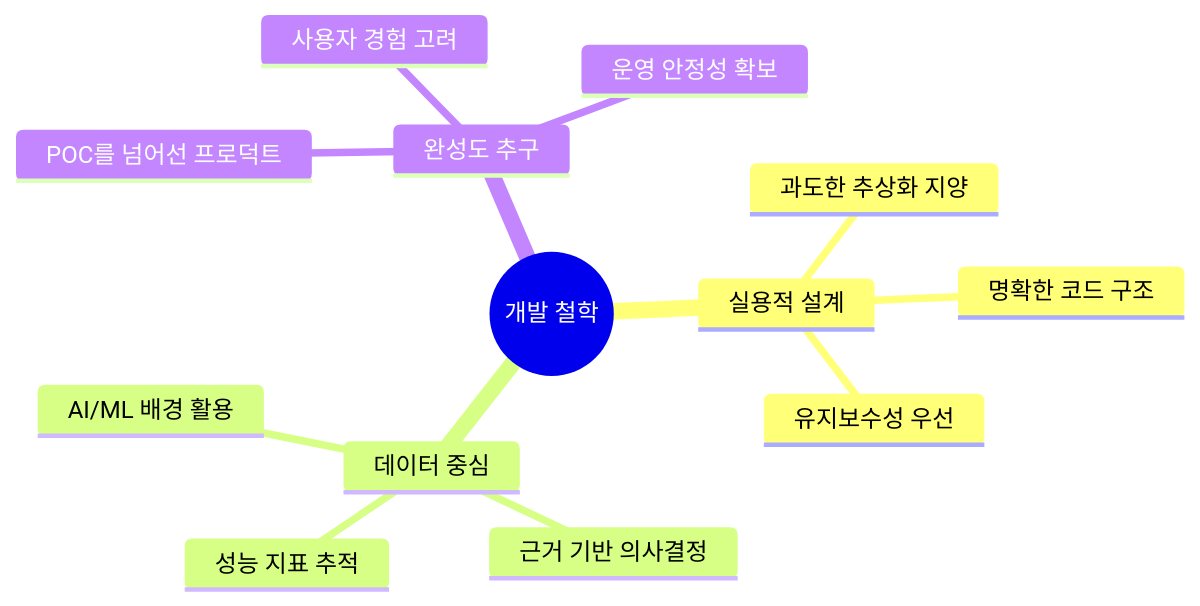
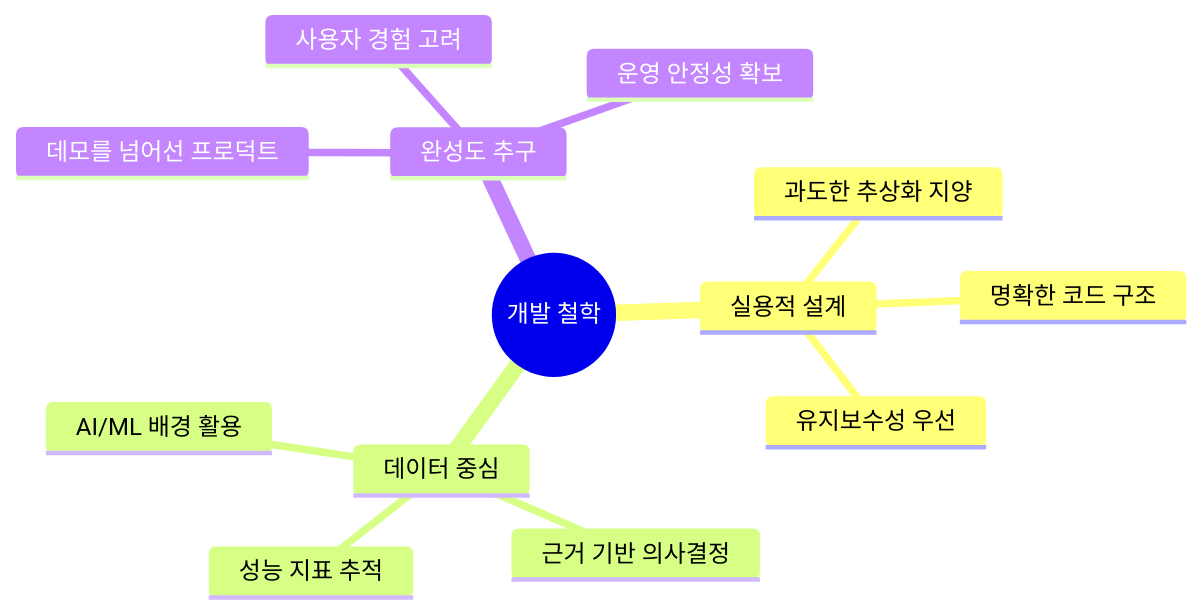
The diagram in README.md (choichanwoo001/choichanwoo001), drawn with Mermaid before and after one commit. The commit also changed other lines of this file, not shown here.

````diff
--- a/README.md
+++ b/README.md
@@ -132,16 +132,16 @@
 ```mermaid
 mindmap
   root((개발 철학))
     실용적 설계
       과도한 추상화 지양
       명확한 코드 구조
       유지보수성 우선
     데이터 중심
       AI/ML 배경 활용
       근거 기반 의사결정
       성능 지표 추적
     완성도 추구
-      POC를 넘어선 프로덕트
+      데모를 넘어선 프로덕트
       사용자 경험 고려
       운영 안정성 확보
 ```
````
